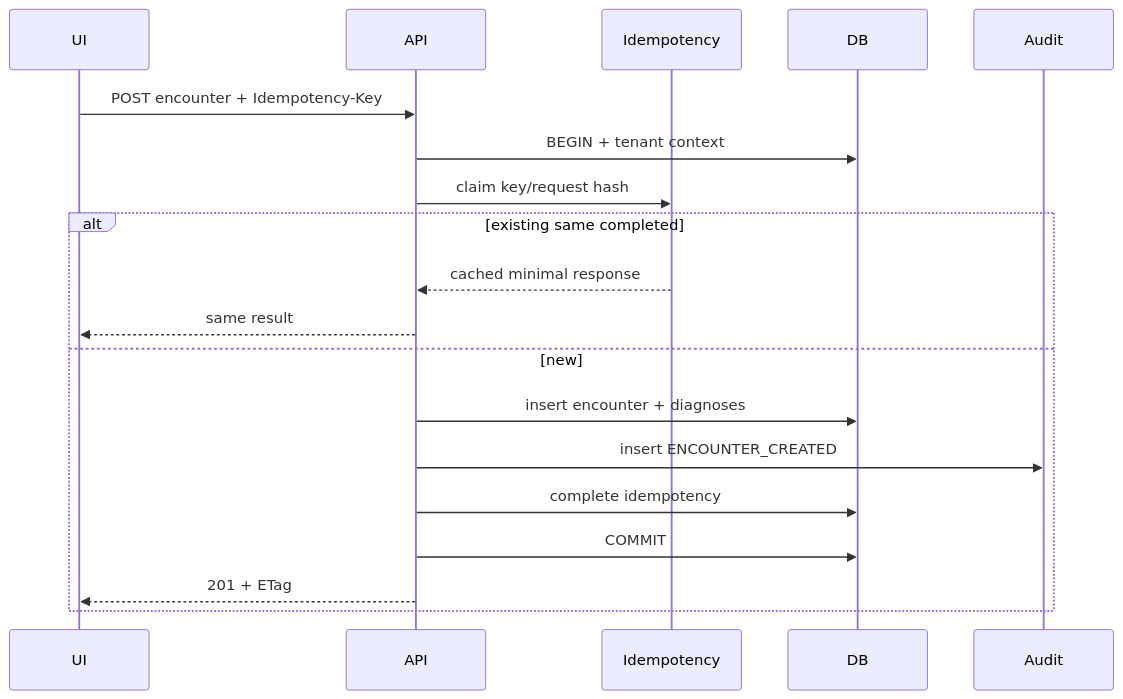
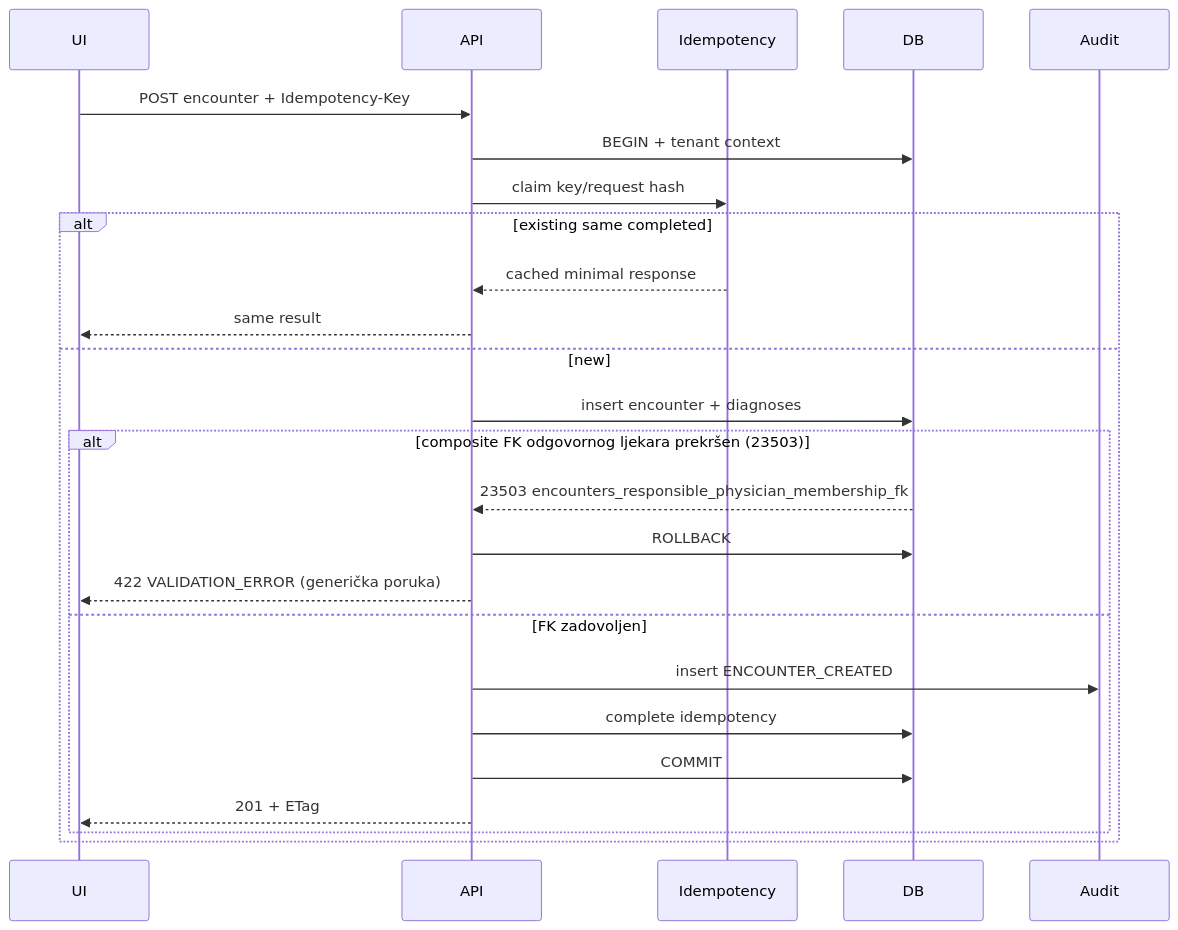
One commit to NerminFejzicAi/axenita-billing-copilot changed the third of 16 diagrams in docs/14_DATA_FLOW_AND_SEQUENCE_DIAGRAMS.md. Above: the diagram before and after it, drawn with Mermaid. The commit also changed other lines of this file and 10 other files, not shown here.

First line of the commit message:
docs: publish Phase 5 schema and state decisions

````diff
--- a/docs/14_DATA_FLOW_AND_SEQUENCE_DIAGRAMS.md
+++ b/docs/14_DATA_FLOW_AND_SEQUENCE_DIAGRAMS.md
@@ -215,22 +215,28 @@
 ```mermaid
 sequenceDiagram
     participant UI
     participant API
     participant ID as Idempotency
     participant DB
     participant AUD as Audit
 
     UI->>API: POST encounter + Idempotency-Key
     API->>DB: BEGIN + tenant context
     API->>ID: claim key/request hash
     alt existing same completed
         ID-->>API: cached minimal response
         API-->>UI: same result
     else new
         API->>DB: insert encounter + diagnoses
-        API->>AUD: insert ENCOUNTER_CREATED
-        API->>DB: complete idempotency
-        API->>DB: COMMIT
-        API-->>UI: 201 + ETag
+        alt composite FK odgovornog ljekara prekršen (23503)
+            DB-->>API: 23503 encounters_responsible_physician_membership_fk
+            API->>DB: ROLLBACK
+            API-->>UI: 422 VALIDATION_ERROR (generička poruka)
+        else FK zadovoljen
+            API->>AUD: insert ENCOUNTER_CREATED
+            API->>DB: complete idempotency
+            API->>DB: COMMIT
+            API-->>UI: 201 + ETag
+        end
     end
 ```
````
